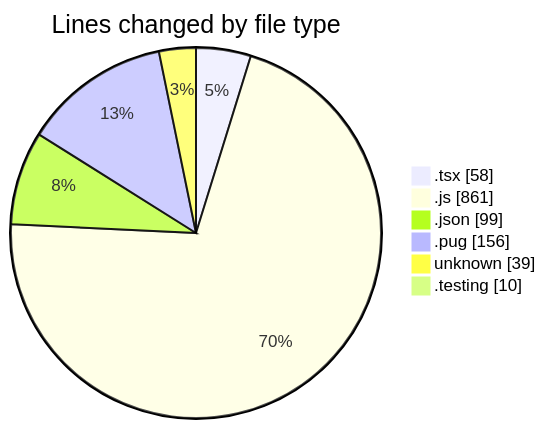
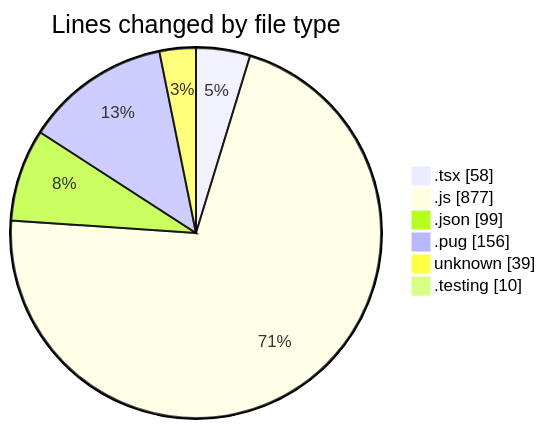
Before and after one commit to momahboobian/code-tracking: the first of 2 diagrams in 2025-03-07/cda/README.md, drawn with Mermaid. The commit also changed other lines of this file and 1 other file, not shown here.

````diff
--- a/2025-03-07/cda/README.md
+++ b/2025-03-07/cda/README.md
@@ -29,10 +29,10 @@
 ```mermaid
 pie showData
 title Lines changed by file type
 ".tsx" : 58
-".js" : 861
+".js" : 877
 ".json" : 99
 ".pug" : 156
 "unknown" : 39
 ".testing" : 10
 ```
````
